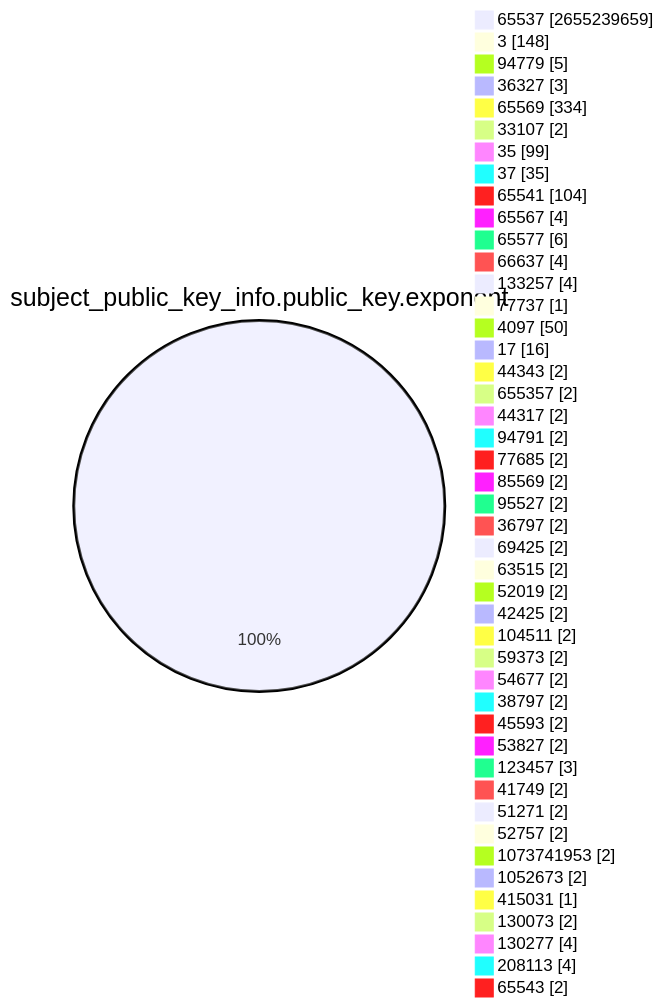
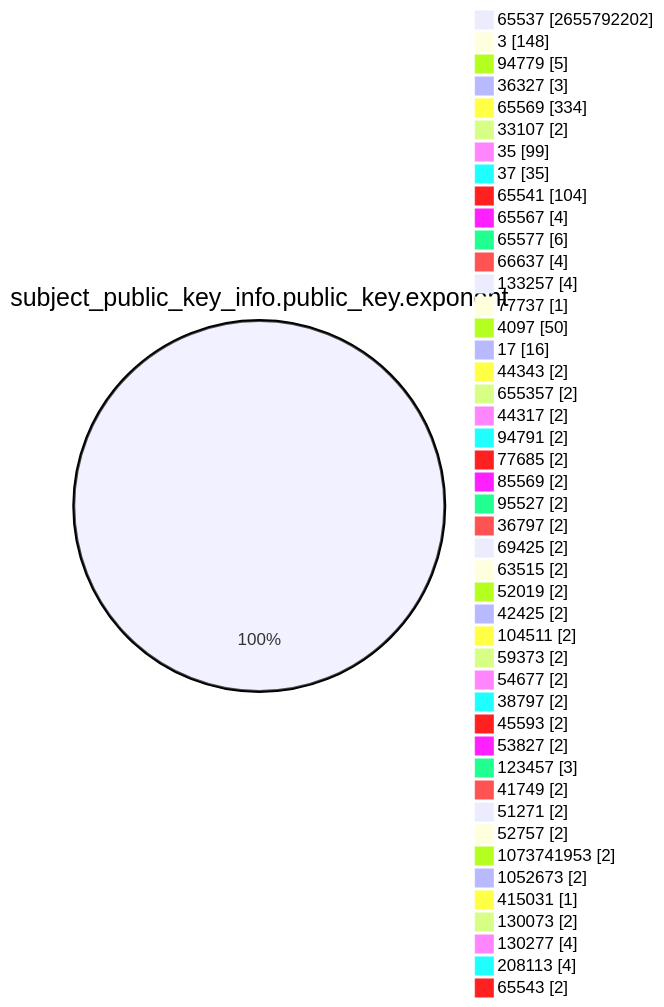
The fourth of 15 diagrams in TOTAL/README.md (christiankrug/ctmonitor_visualization), drawn with Mermaid before and after one commit. The commit also changed other lines of this file, not shown here.

````diff
--- a/TOTAL/README.md
+++ b/TOTAL/README.md
@@ -1466,49 +1466,49 @@
 ```mermaid
 pie showData
 title subject_public_key_info.public_key.exponent
-"65537" :2655239659
+"65537" :2655792202
 "3" :148
 "94779" :5
 "36327" :3
 "65569" :334
 "33107" :2
 "35" :99
 "37" :35
 "65541" :104
 "65567" :4
 "65577" :6
 "66637" :4
 "133257" :4
 "77737" :1
 "4097" :50
 "17" :16
 "44343" :2
 "655357" :2
 "44317" :2
 "94791" :2
 "77685" :2
 "85569" :2
 "95527" :2
 "36797" :2
 "69425" :2
 "63515" :2
 "52019" :2
 "42425" :2
 "104511" :2
 "59373" :2
 "54677" :2
 "38797" :2
 "45593" :2
 "53827" :2
 "123457" :3
 "41749" :2
 "51271" :2
 "52757" :2
 "1073741953" :2
 "1052673" :2
 "415031" :1
 "130073" :2
 "130277" :4
 "208113" :4
 "65543" :2
 ```
````
